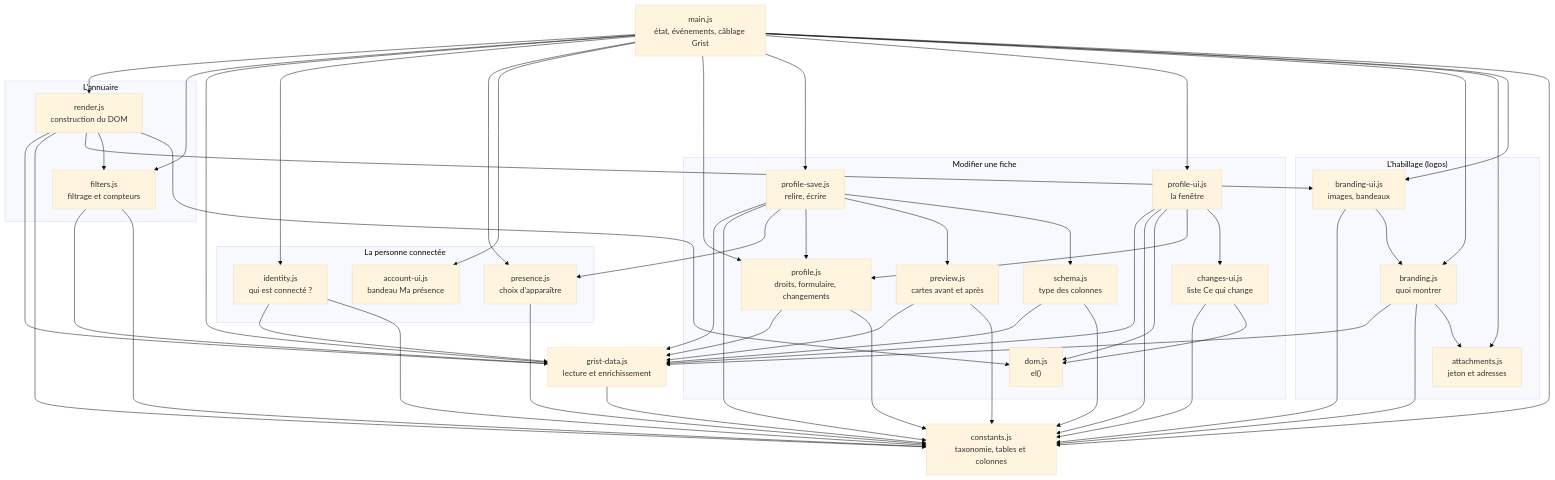
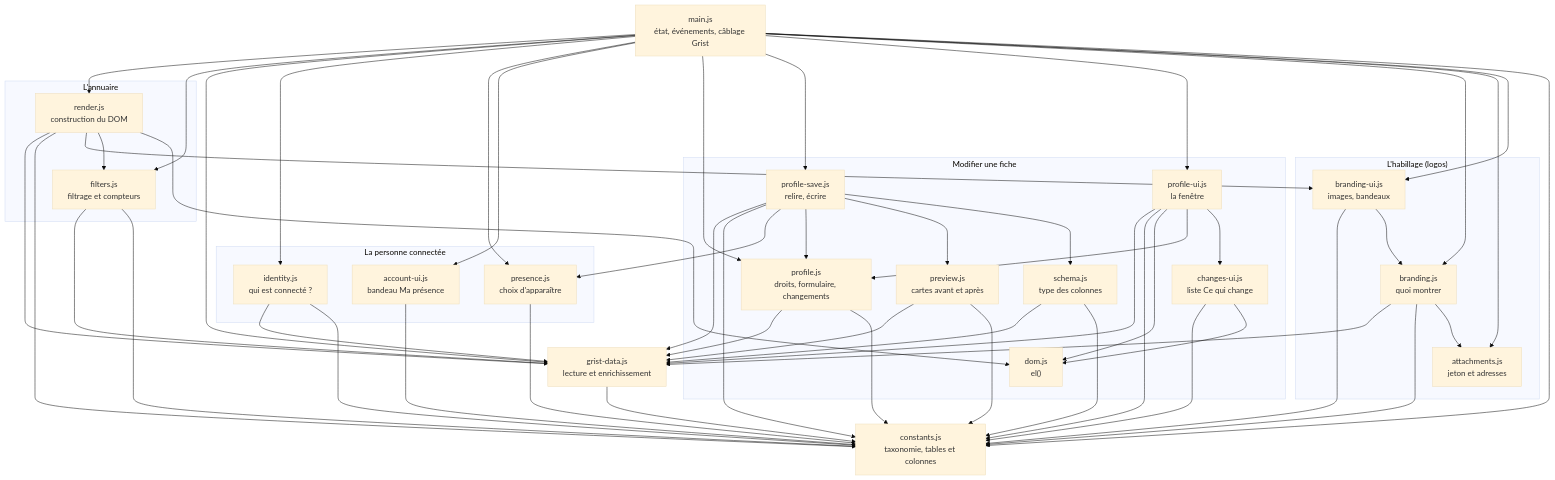
Before and after one commit to lombre33/Annuaire_PUI_Bordeaux: the second of 6 diagrams in docs/developpeurs.md, drawn with Mermaid (base theme). The commit also changed other lines of this file and 9 other files, not shown here.

````diff
--- a/docs/developpeurs.md
+++ b/docs/developpeurs.md
@@ -78,77 +78,78 @@
 ```mermaid
 flowchart TD
     main["main.js<br/>état, événements, câblage Grist"]
     subgraph annuaire["L'annuaire"]
         render["render.js<br/>construction du DOM"]
         filters["filters.js<br/>filtrage et compteurs"]
     end
     subgraph personne["La personne connectée"]
         identity["identity.js<br/>qui est connecté ?"]
         presence["presence.js<br/>choix d'apparaître"]
         account["account-ui.js<br/>bandeau Ma présence"]
     end
     subgraph habillage["L'habillage (logos)"]
         branding["branding.js<br/>quoi montrer"]
         attachments["attachments.js<br/>jeton et adresses"]
         brandingui["branding-ui.js<br/>images, bandeaux"]
     end
     subgraph fiche["Modifier une fiche"]
         profile["profile.js<br/>droits, formulaire, changements"]
         save["profile-save.js<br/>relire, écrire"]
         preview["preview.js<br/>cartes avant et après"]
         schema["schema.js<br/>type des colonnes"]
         profileui["profile-ui.js<br/>la fenêtre"]
         changes["changes-ui.js<br/>liste Ce qui change"]
         dom["dom.js<br/>el()"]
     end
     data["grist-data.js<br/>lecture et enrichissement"]
     constants["constants.js<br/>taxonomie, tables et colonnes"]
     main --> render
     main --> filters
     main --> data
     main --> identity
     main --> presence
     main --> account
     main --> profile
     main --> save
     main --> profileui
     main --> branding
     main --> attachments
     main --> brandingui
     main --> constants
     render --> data
     render --> constants
     render --> brandingui
     render --> filters
     render --> dom
     filters --> data
     filters --> constants
     identity --> data
     identity --> constants
     presence --> constants
+    account --> constants
     data --> constants
     branding --> data
     branding --> constants
     branding --> attachments
     brandingui --> constants
     brandingui --> branding
     profile --> data
     profile --> constants
     save --> data
     save --> constants
     save --> presence
     save --> profile
     save --> preview
     save --> schema
     preview --> data
     preview --> constants
     schema --> data
     schema --> constants
     profileui --> data
     profileui --> constants
     profileui --> dom
     profileui --> profile
     profileui --> changes
     changes --> constants
     changes --> dom
 ```
````
